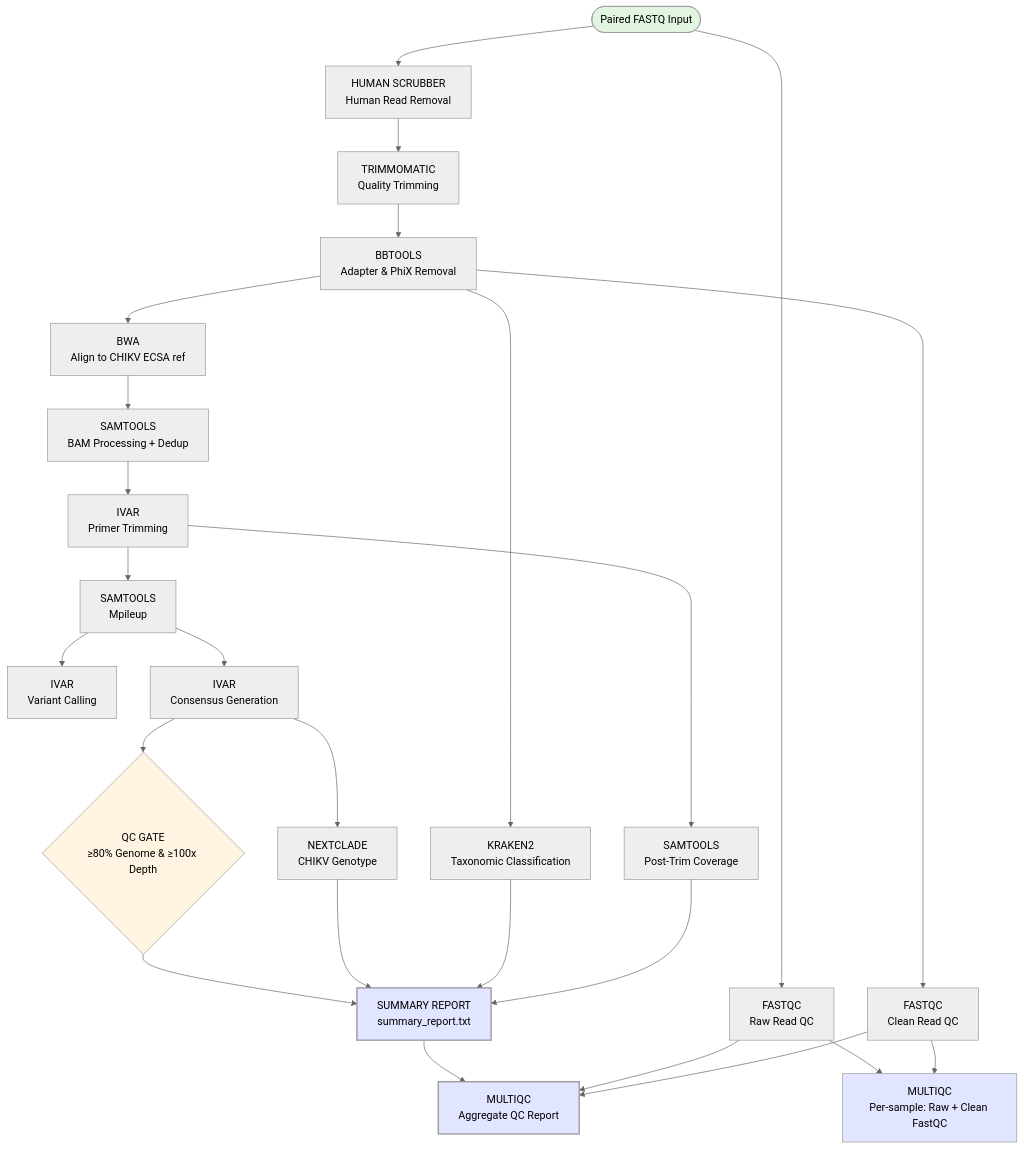
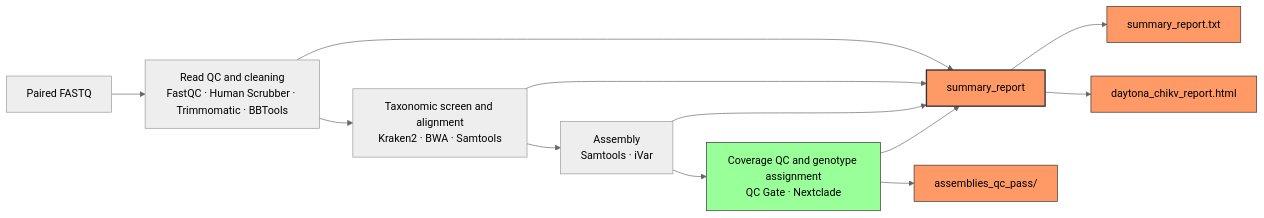
The diagram in README.md (BPHL-Molecular/Daytona_chikv), drawn with Mermaid (neutral theme) before and after one commit. The commit also changed other lines of this file and 19 other files, not shown here.

Commit message:
Add interactive MultiQC dashboard, Nextflow 26 support, assemblies_qc_pass collection, and fail-fast checks for empty and systemically broken runs

````diff
--- a/README.md
+++ b/README.md
@@ -93,33 +96,22 @@
 ```mermaid
-flowchart TD
-    A([Paired FASTQ Input]) --> B[FASTQC<br/>Raw Read QC]
-    A --> C[HUMAN SCRUBBER<br/>Human Read Removal]
-    C --> D[TRIMMOMATIC<br/>Quality Trimming]
-    D --> E[BBTOOLS<br/>Adapter & PhiX Removal]
-    E --> F[FASTQC<br/>Clean Read QC]
-    E --> H[KRAKEN2<br/>Taxonomic Classification]
-    E --> I[BWA<br/>Align to CHIKV ECSA ref]
-    I --> M[SAMTOOLS<br/>BAM Processing + Dedup]
-    M --> N[IVAR<br/>Primer Trimming]
-    N --> O[SAMTOOLS<br/>Post-Trim Coverage]
-    N --> P[SAMTOOLS<br/>Mpileup]
-    P --> Q[IVAR<br/>Variant Calling]
-    P --> R[IVAR<br/>Consensus Generation]
-    R --> S{QC GATE<br/>≥80% Genome & ≥100x Depth}
-    R --> U[NEXTCLADE<br/>CHIKV Genotype]
-    S --> V[SUMMARY REPORT<br/>summary_report.txt]
-    U --> V
-    H --> V
-    O --> V
-    V --> G[MULTIQC<br/>Aggregate QC Report]
-    B --> G
-    F --> G
-    B --> SM[MULTIQC<br/>Per-sample: Raw + Clean FastQC]
-    F --> SM
+flowchart LR
+    IN[Paired FASTQ] --> QC["Read QC and cleaning<br/>FastQC · Human Scrubber · Trimmomatic · BBTools"]
+    QC --> SCR["Taxonomic screen and alignment<br/>Kraken2 · BWA · Samtools"]
+    SCR --> ASM["Assembly<br/>Samtools · iVar"]
+    ASM --> VAL["Coverage QC and genotype assignment<br/>QC Gate · Nextclade"]
 
-    style A fill:#e1f5e1,color:#000
-    style S fill:#fff4e1,color:#000
-    style V fill:#e1e5ff,color:#000,stroke-width:2px
-    style G fill:#e1e5ff,color:#000,stroke-width:2px
-    style SM fill:#e1e5ff,color:#000
+    QC --> REP[summary_report]
+    SCR --> REP
+    ASM --> REP
+    VAL --> REP
+
+    VAL --> AQP[assemblies_qc_pass/]
+    REP --> OUT[summary_report.txt]
+    REP --> DASH[daytona_chikv_report.html]
+
+    style VAL fill:#9f9,stroke:#333,color:#000
+    style REP fill:#f96,stroke:#333,stroke-width:2px,color:#000
+    style OUT fill:#f96,stroke:#333,color:#000
+    style DASH fill:#f96,stroke:#333,color:#000
+    style AQP fill:#f96,stroke:#333,color:#000
 ```
````
